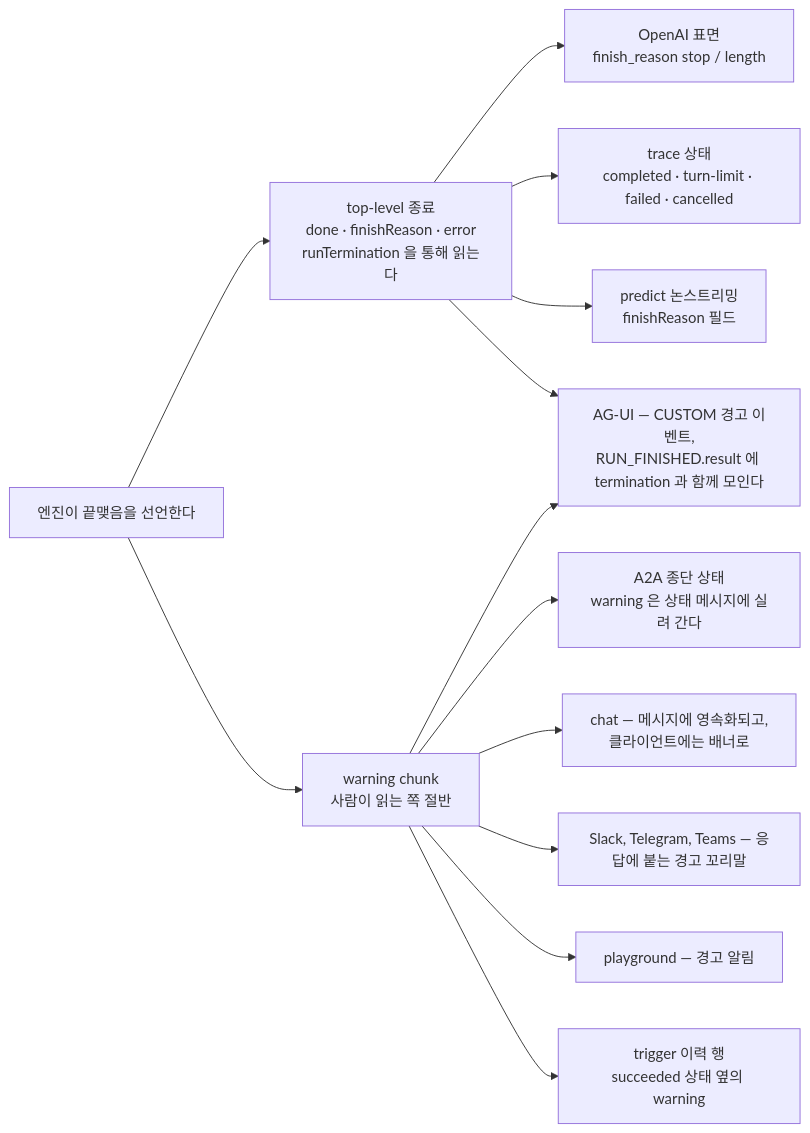
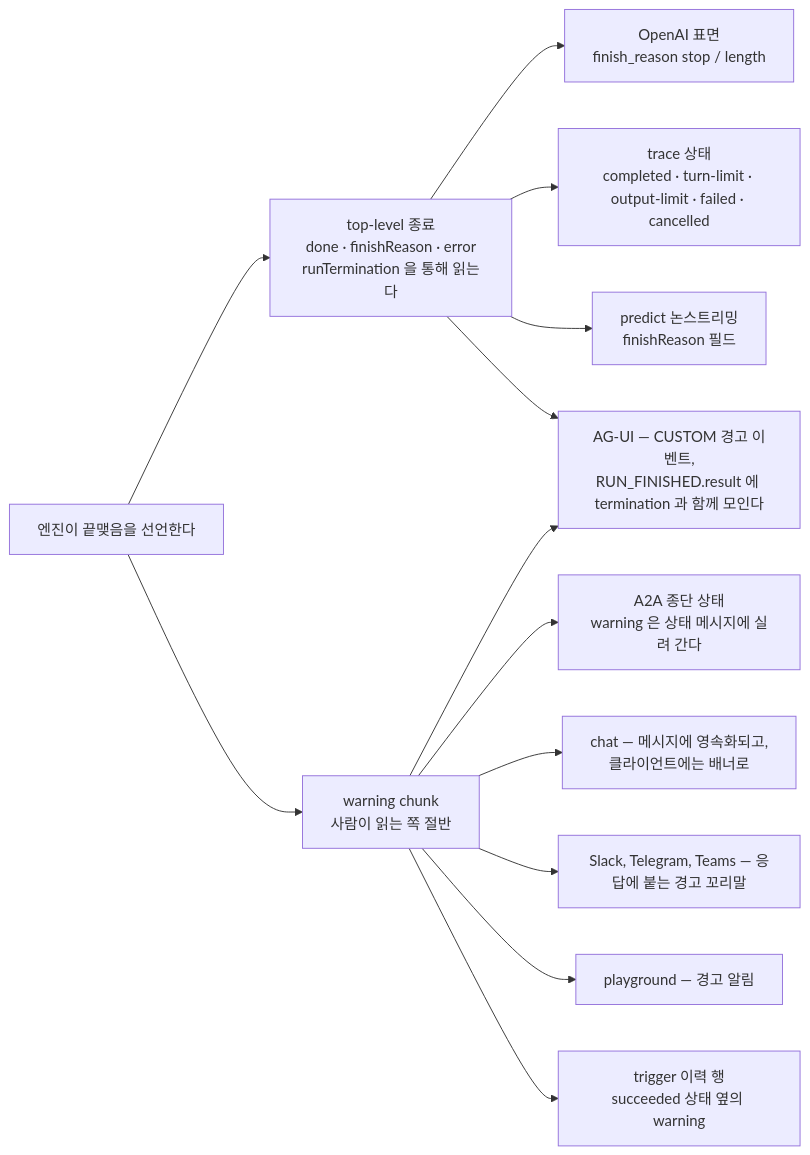
One commit to opspresso/agent-studio changed the fourth of 4 diagrams in docs/ARCHITECTURE.md. Above: the diagram before and after it, drawn with Mermaid. The commit also changed other lines of this file and 6 other files, not shown here.

Commit message:
fix: preserve output-limit termination in traces

````diff
--- a/docs/ARCHITECTURE.md
+++ b/docs/ARCHITECTURE.md
@@ -675,29 +675,29 @@
 ```mermaid
 flowchart LR
   engine["엔진이 끝맺음을 선언한다"]
   term["top-level 종료<br/>done · finishReason · error<br/>runTermination 을 통해 읽는다"]
   warning["warning chunk<br/>사람이 읽는 쪽 절반"]
 
   openai["OpenAI 표면<br/>finish_reason stop / length"]
-  tracestatus["trace 상태<br/>completed · turn-limit · failed · cancelled"]
+  tracestatus["trace 상태<br/>completed · turn-limit · output-limit · failed · cancelled"]
   a2aout["A2A 종단 상태<br/>warning 은 상태 메시지에 실려 간다"]
   aguiout["AG-UI — CUSTOM 경고 이벤트,<br/>RUN_FINISHED.result 에 termination 과 함께 모인다"]
   predictout["predict 논스트리밍<br/>finishReason 필드"]
   chatui["chat — 메시지에 영속화되고,<br/>클라이언트에는 배너로"]
   slackout["Slack, Telegram, Teams — 응답에 붙는 경고 꼬리말"]
   console["playground — 경고 알림"]
   triggerrow["trigger 이력 행<br/>succeeded 상태 옆의 warning"]
 
   engine --> term
   engine --> warning
   term --> openai
   term --> tracestatus
   term --> predictout
   warning --> a2aout
   term --> aguiout
   warning --> aguiout
   warning --> chatui
   warning --> slackout
   warning --> console
   warning --> triggerrow
 ```
````
